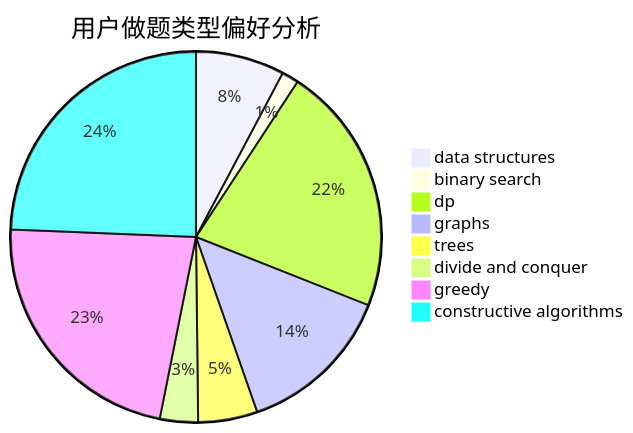
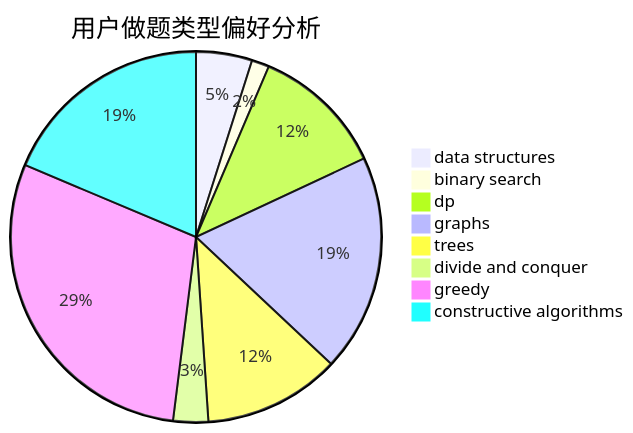
Before and after one commit to sherpahu/cfrs.github.io: the second of 3 diagrams in docs/user/u1610.md, drawn with Mermaid. The commit also changed other lines of this file and 2770 other files, not shown here.

````diff
--- a/docs/user/u1610.md
+++ b/docs/user/u1610.md
@@ -23,11 +23,11 @@
 ```mermaid
 pie title 用户做题类型偏好分析
-    "data structures" :  21
-    "binary search" :  4
-    "dp" :  59
-    "graphs" :  37
-    "trees" :  14
-    "divide and conquer" :  9
-    "greedy" :  61
-    "constructive algorithms" :  66
+    "data structures" :  16
+    "binary search" :  5
+    "dp" :  38
+    "graphs" :  62
+    "trees" :  39
+    "divide and conquer" :  10
+    "greedy" :  96
+    "constructive algorithms" :  61
 ```
````
